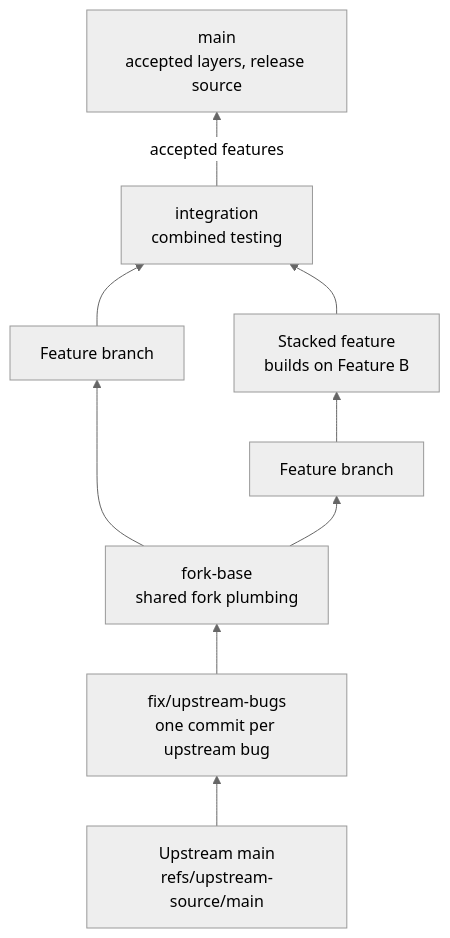
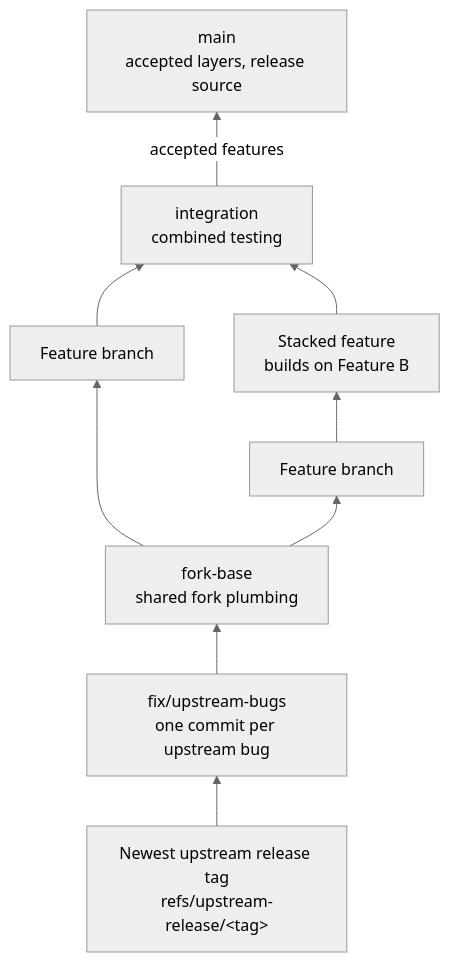
The first of 3 diagrams in docs/worktree-development.md (RyanEwen/paseo-plus-plus), drawn with Mermaid (neutral theme) before and after one commit. The commit also changed other lines of this file and 1 other file, not shown here.

Commit message:
Document syncing the fork from the newest upstream release tag

````diff
--- a/docs/worktree-development.md
+++ b/docs/worktree-development.md
@@ -21,17 +23,17 @@
 ```mermaid
 flowchart BT
-  Upstream["Upstream main<br/>refs/upstream-source/main"]
+  Upstream["Newest upstream release tag<br/>refs/upstream-release/&lt;tag&gt;"]
   Fixes["fix/upstream-bugs<br/>one commit per upstream bug"]
   Base["fork-base<br/>shared fork plumbing"]
   FeatureA["Feature branch"]
   FeatureB["Feature branch"]
   Stacked["Stacked feature<br/>builds on Feature B"]
   Integration["integration<br/>combined testing"]
   Main["main<br/>accepted layers, release source"]
   Upstream --> Fixes --> Base
   Base --> FeatureA
   Base --> FeatureB --> Stacked
   FeatureA --> Integration
   Stacked --> Integration
   Integration -->|accepted features| Main
 ```
````
